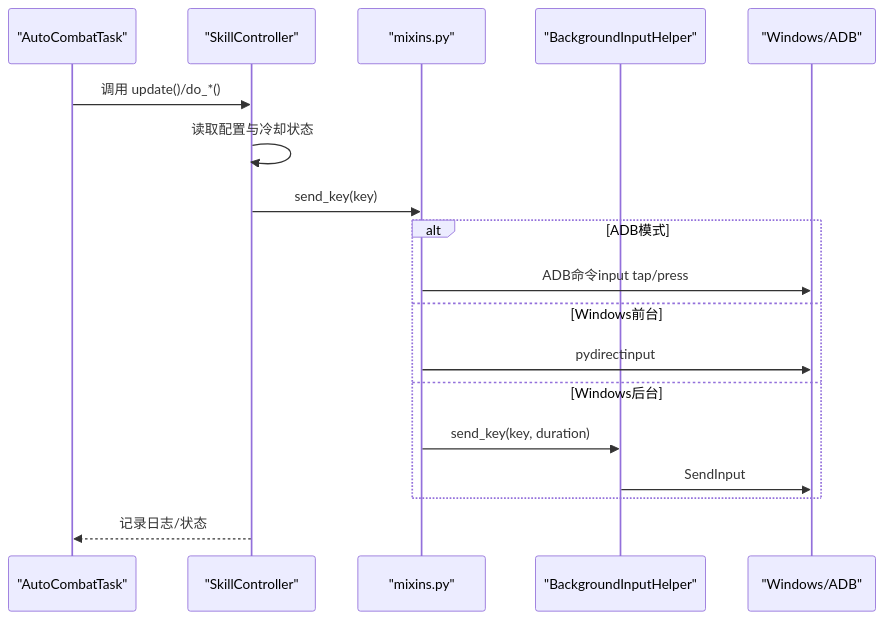
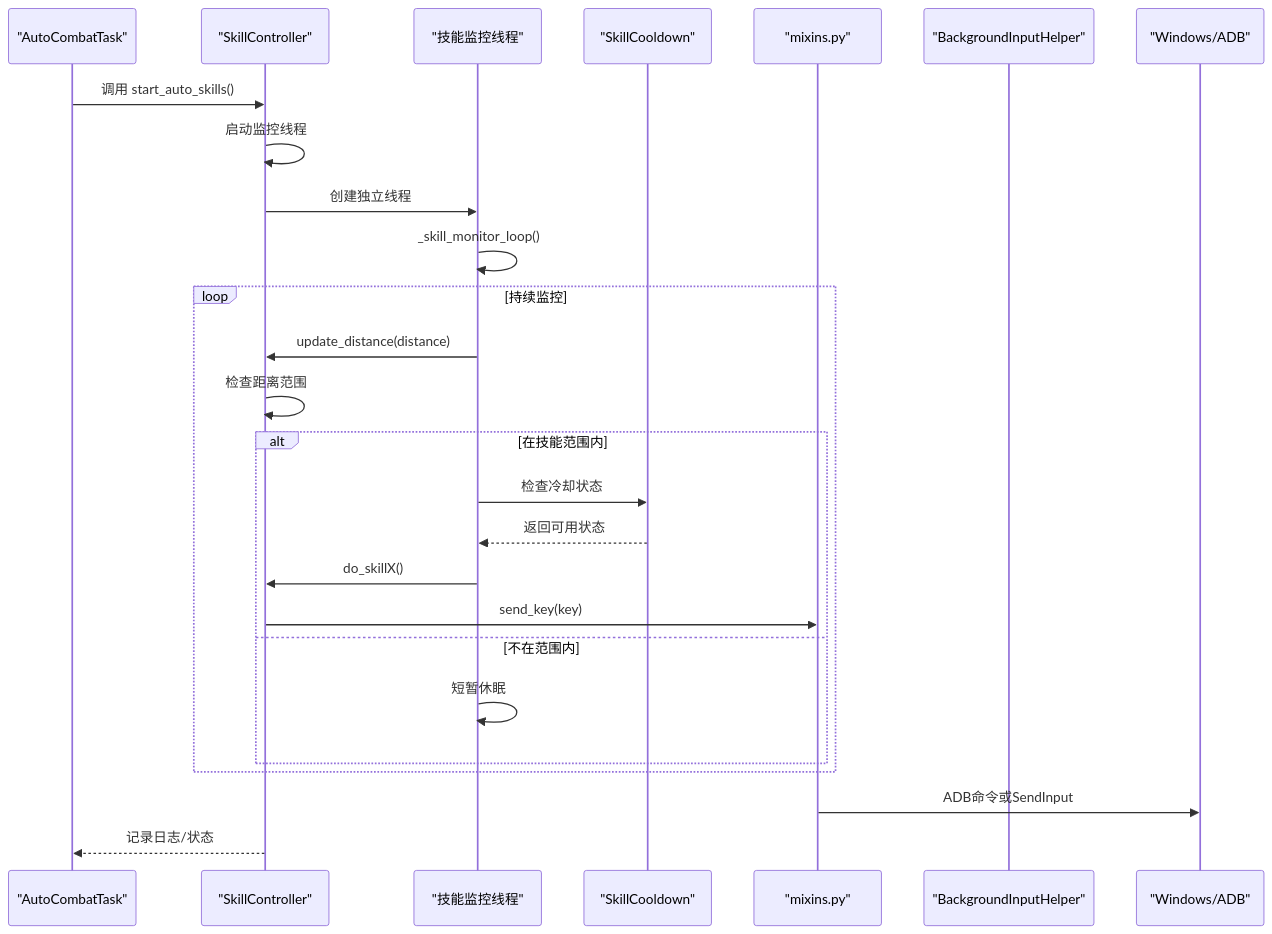
The second of 7 diagrams in .qoder/repowiki/zh/content/战斗系统/技能控制器.md (xsy098-max/ok-jump), drawn with Mermaid before and after one commit. The commit also changed other lines of this file and 22 other files, not shown here.

````diff
--- a/.qoder/repowiki/zh/content/战斗系统/技能控制器.md
+++ b/.qoder/repowiki/zh/content/战斗系统/技能控制器.md
@@ -117,20 +148,28 @@
 ```mermaid
 sequenceDiagram
 participant Task as "AutoCombatTask"
 participant SC as "SkillController"
+participant Thread as "技能监控线程"
+participant Cooldown as "SkillCooldown"
 participant Mix as "mixins.py"
 participant BIH as "BackgroundInputHelper"
 participant Win as "Windows/ADB"
-Task->>SC : 调用 update()/do_*()
-SC->>SC : 读取配置与冷却状态
+Task->>SC : 调用 start_auto_skills()
+SC->>SC : 启动监控线程
+SC->>Thread : 创建独立线程
+Thread->>Thread : _skill_monitor_loop()
+loop 持续监控
+Thread->>SC : update_distance(distance)
+SC->>SC : 检查距离范围
+alt 在技能范围内
+Thread->>Cooldown : 检查冷却状态
+Cooldown-->>Thread : 返回可用状态
+Thread->>SC : do_skillX()
 SC->>Mix : send_key(key)
-alt ADB模式
-Mix->>Win : ADB命令input tap/press
-else Windows前台
-Mix->>Win : pydirectinput
-else Windows后台
-Mix->>BIH : send_key(key, duration)
-BIH->>Win : SendInput
+else 不在范围内
+Thread->>Thread : 短暂休眠
 end
+end
+Mix->>Win : ADB命令或SendInput
 SC-->>Task : 记录日志/状态
 ```
````
